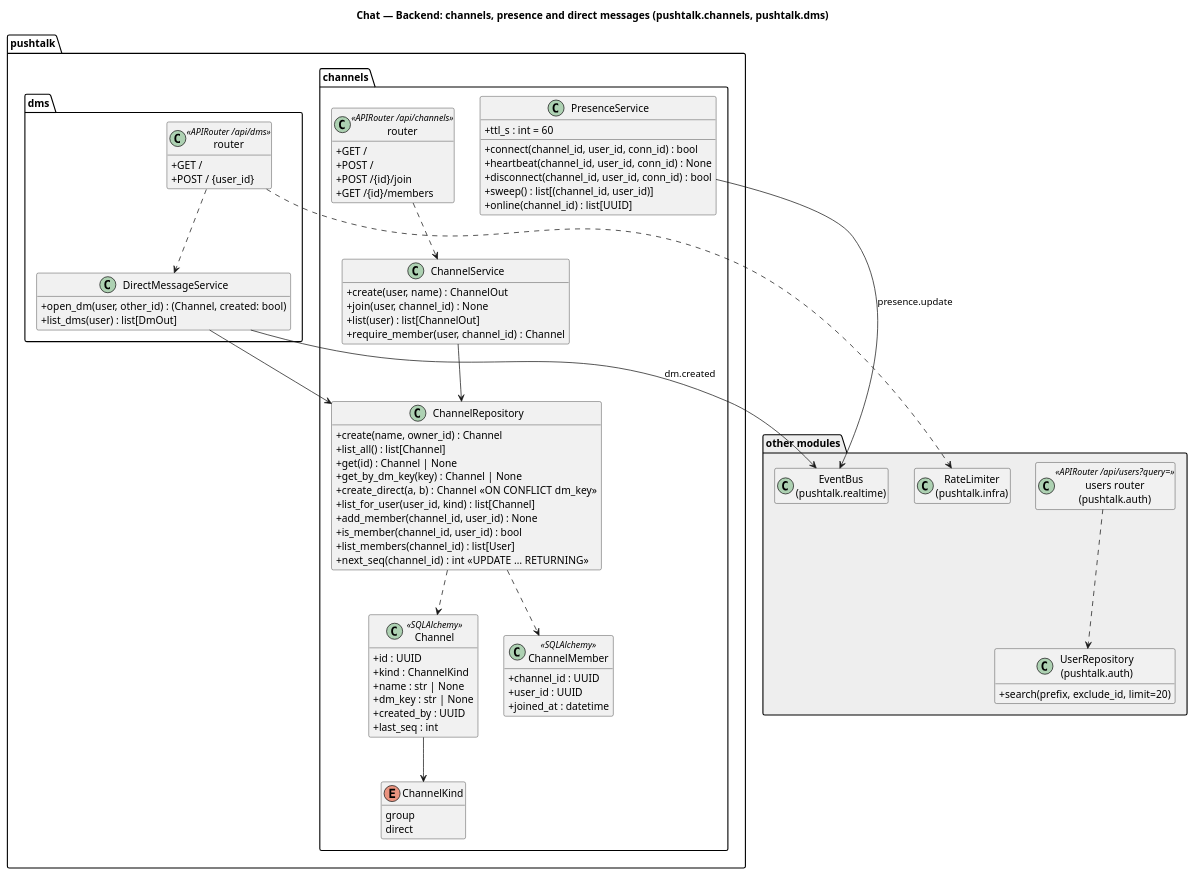
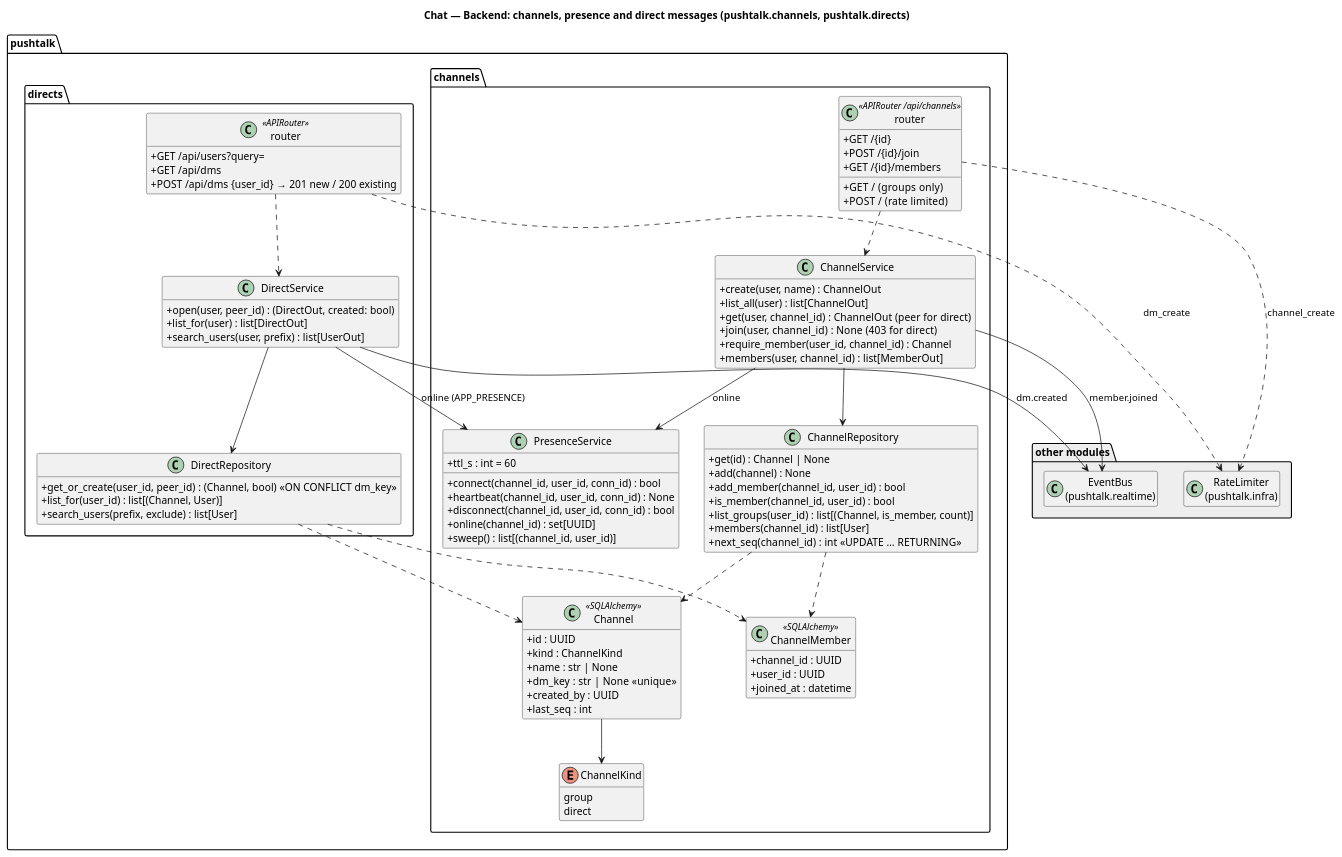
Before and after one commit to Salma-Mahmoudd/pushtalk: the first of 4 diagrams in specs/chat/class-diagrams.puml, drawn with PlantUML. The commit also changed other lines of this file and 21 other files, not shown here.

First line of the commit message:
docs(specs): align plans and diagrams with what was built

```diff
--- a/specs/chat/class-diagrams.puml
+++ b/specs/chat/class-diagrams.puml
@@ -1,92 +1,99 @@
 @startuml class-diagrams-chat-channels
-title Chat — Backend: channels, presence and direct messages (pushtalk.channels, pushtalk.dms)
+title Chat — Backend: channels, presence and direct messages (pushtalk.channels, pushtalk.directs)
 
 skinparam shadowing false
 skinparam defaultFontName Helvetica
 skinparam classAttributeIconSize 0
 hide empty members
 
 package "pushtalk.channels" {
   class "router" as channels_router <<APIRouter /api/channels>> {
-    + GET /
-    + POST /
+    + GET /  (groups only)
+    + POST /  (rate limited)
+    + GET /{id}
     + POST /{id}/join
     + GET /{id}/members
   }
   class ChannelService {
     + create(user, name) : ChannelOut
-    + join(user, channel_id) : None
-    + list(user) : list[ChannelOut]
-    + require_member(user, channel_id) : Channel
+    + list_all(user) : list[ChannelOut]
+    + get(user, channel_id) : ChannelOut  (peer for direct)
+    + join(user, channel_id) : None  (403 for direct)
+    + require_member(user_id, channel_id) : Channel
+    + members(user, channel_id) : list[MemberOut]
   }
   class PresenceService {
     + ttl_s : int = 60
     + connect(channel_id, user_id, conn_id) : bool
     + heartbeat(channel_id, user_id, conn_id) : None
     + disconnect(channel_id, user_id, conn_id) : bool
+    + online(channel_id) : set[UUID]
     + sweep() : list[(channel_id, user_id)]
-    + online(channel_id) : list[UUID]
   }
   class ChannelRepository {
-    + create(name, owner_id) : Channel
-    + list_all() : list[Channel]
     + get(id) : Channel | None
-    + get_by_dm_key(key) : Channel | None
-    + create_direct(a, b) : Channel  <<ON CONFLICT dm_key>>
-    + list_for_user(user_id, kind) : list[Channel]
-    + add_member(channel_id, user_id) : None
+    + add(channel) : None
+    + add_member(channel_id, user_id) : bool
     + is_member(channel_id, user_id) : bool
-    + list_members(channel_id) : list[User]
+    + list_groups(user_id) : list[(Channel, is_member, count)]
+    + members(channel_id) : list[User]
     + next_seq(channel_id) : int  <<UPDATE … RETURNING>>
   }
   class Channel <<SQLAlchemy>> {
     + id : UUID
     + kind : ChannelKind
     + name : str | None
-    + dm_key : str | None
+    + dm_key : str | None  <<unique>>
     + created_by : UUID
     + last_seq : int
   }
   class ChannelMember <<SQLAlchemy>> {
     + channel_id : UUID
     + user_id : UUID
     + joined_at : datetime
   }
   enum ChannelKind {
     group
     direct
   }
 }
 
-package "pushtalk.dms" {
-  class "router" as dms_router <<APIRouter /api/dms>> {
-    + GET /
-    + POST / {user_id}
+package "pushtalk.directs" {
+  class "router" as directs_router <<APIRouter>> {
+    + GET /api/users?query=
+    + GET /api/dms
+    + POST /api/dms {user_id}  → 201 new / 200 existing
   }
-  class DirectMessageService {
-    + open_dm(user, other_id) : (Channel, created: bool)
-    + list_dms(user) : list[DmOut]
+  class DirectService {
+    + open(user, peer_id) : (DirectOut, created: bool)
+    + list_for(user) : list[DirectOut]
+    + search_users(user, prefix) : list[UserOut]
+  }
+  class DirectRepository {
+    + get_or_create(user_id, peer_id) : (Channel, bool)  <<ON CONFLICT dm_key>>
+    + list_for(user_id) : list[(Channel, User)]
+    + search_users(prefix, exclude) : list[User]
   }
 }
 
 package "other modules" #EEEEEE {
-  class "users router\n(pushtalk.auth)" as users_router <<APIRouter /api/users?query=>>
-  class "UserRepository\n(pushtalk.auth)" as UserRepository {
-    + search(prefix, exclude_id, limit=20)
-  }
   class "RateLimiter\n(pushtalk.infra)" as RateLimiter
   class "EventBus\n(pushtalk.realtime)" as EventBus
 }
 
 channels_router ..> ChannelService
+channels_router ..> RateLimiter : channel_create
 ChannelService --> ChannelRepository
+ChannelService --> PresenceService : online
+ChannelService --> EventBus : member.joined
 ChannelRepository ..> Channel
 ChannelRepository ..> ChannelMember
 Channel --> ChannelKind
-PresenceService --> EventBus : presence.update
-dms_router ..> DirectMessageService
-dms_router ..> RateLimiter
-DirectMessageService --> ChannelRepository
-DirectMessageService --> EventBus : dm.created
-users_router ..> UserRepository
+directs_router ..> DirectService
+directs_router ..> RateLimiter : dm_create
+DirectService --> DirectRepository
+DirectService --> PresenceService : online (APP_PRESENCE)
+DirectService --> EventBus : dm.created
+DirectRepository ..> Channel
+DirectRepository ..> ChannelMember
 @enduml
```
